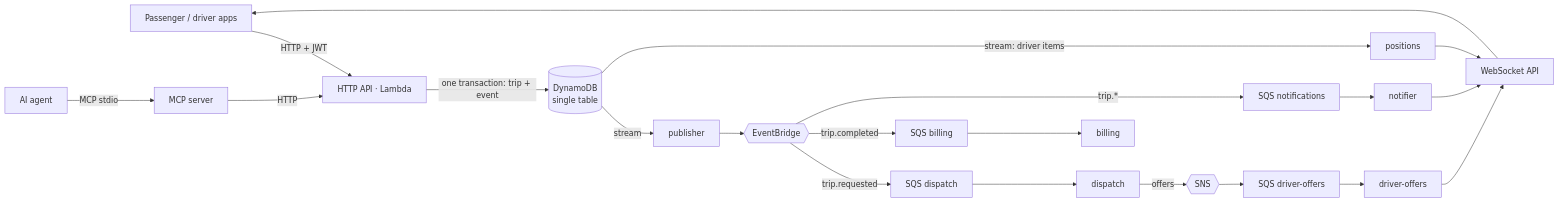
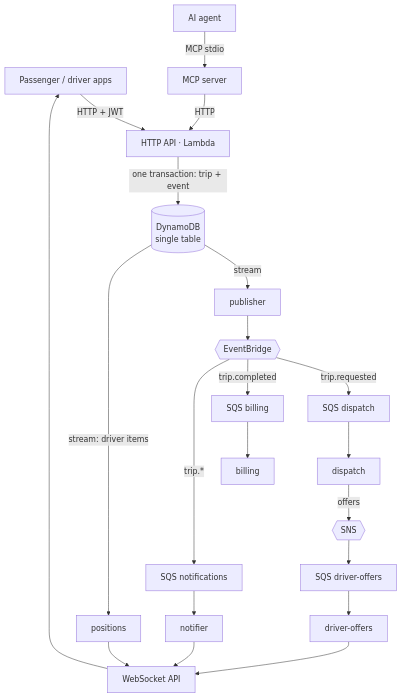
One commit to Chingal/ridecore changed the diagram in README.md. Above: the diagram before and after it, drawn with Mermaid.

Commit message:
docs: vertical diagram, readable at GitHub's README width

````diff
--- a/README.md
+++ b/README.md
@@ -15,15 +15,15 @@
 ```mermaid
-flowchart LR
+flowchart TB
   client[Passenger / driver apps] -->|HTTP + JWT| api[HTTP API · Lambda]
   agent[AI agent] -->|MCP stdio| mcp[MCP server] -->|HTTP| api
   api -->|one transaction: trip + event| db[(DynamoDB<br/>single table)]
   db -->|stream| pub[publisher] --> bus{{EventBridge}}
   bus -->|trip.requested| dq[SQS dispatch] --> disp[dispatch] -->|offers| sns{{SNS}} --> oq[SQS driver-offers]
   bus -->|trip.completed| bq[SQS billing] --> bill[billing]
   bus -->|trip.*| nq[SQS notifications] --> notif[notifier]
   db -->|stream: driver items| pos[positions]
   oq --> offers[driver-offers] --> ws[WebSocket API]
   notif --> ws
   pos --> ws
   ws --> client
 ```
````
